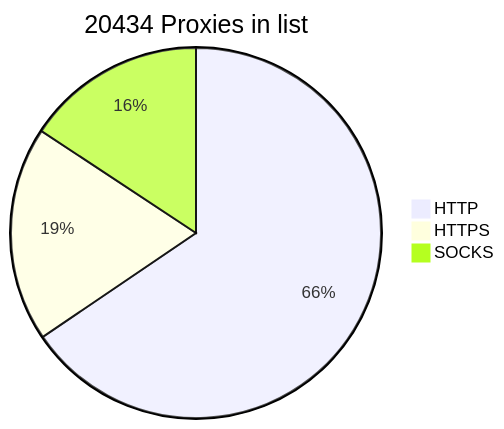
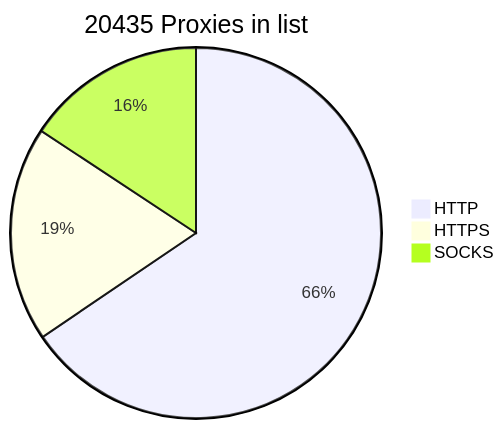
One commit to BlackSnowDot/proxylist-update-every-minute changed the diagram in README.md. Above: the diagram before and after it, drawn with Mermaid.

````diff
--- a/README.md
+++ b/README.md
@@ -2,6 +2,6 @@
 ```mermaid
-pie title 20434 Proxies in list
-    "HTTP" : 15032
+pie title 20435 Proxies in list
+    "HTTP" : 15033
     "HTTPS": 4306
     "SOCKS" : 3606
 ```
````
